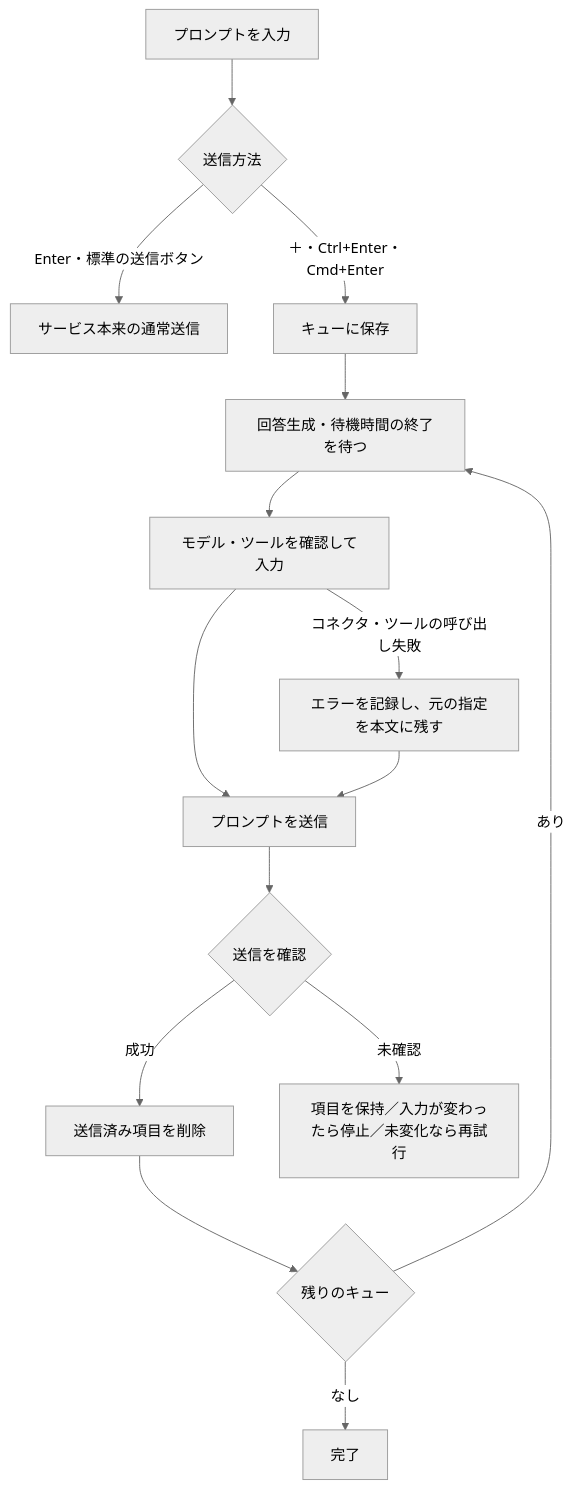
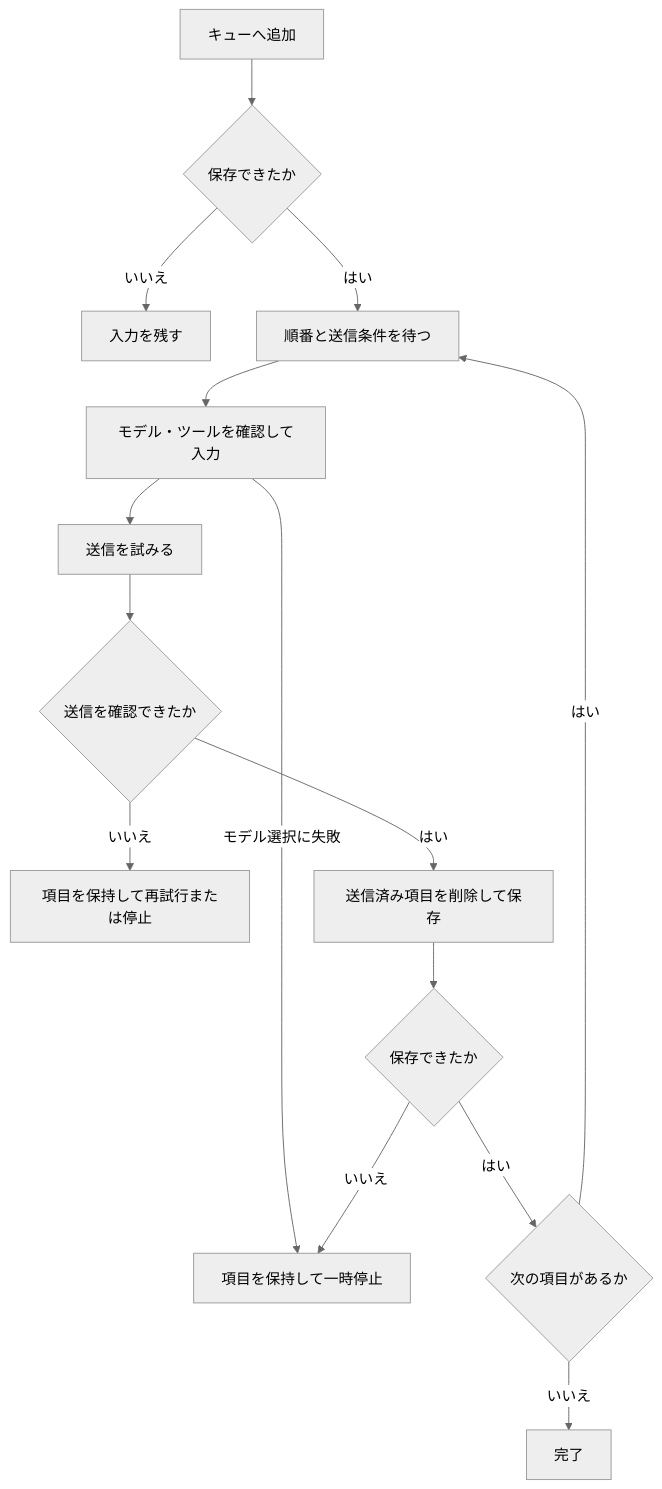
Before and after one commit to coroke3/chatgpt-queue: the first of 3 diagrams in README.md, drawn with Mermaid (neutral theme). The commit also changed other lines of this file and 1 other file, not shown here.

````diff
--- a/README.md
+++ b/README.md
@@ -53,17 +61,17 @@
 ```mermaid
 flowchart TD
-    A[プロンプトを入力] --> B{送信方法}
-    B -->|Enter・標準の送信ボタン| C[サービス本来の通常送信]
-    B -->|＋・Ctrl+Enter・Cmd+Enter| D[キューに保存]
-    D --> E[回答生成・待機時間の終了を待つ]
-    E --> F[モデル・ツールを確認して入力]
-    F --> S[プロンプトを送信]
-    S --> G{送信を確認}
-    G -->|成功| H[送信済み項目を削除]
-    H --> J{残りのキュー}
-    J -->|あり| E
-    J -->|なし| K[完了]
-    G -->|未確認| L[項目を保持／入力が変わったら停止／未変化なら再試行]
-    F -->|コネクタ・ツールの呼び出し失敗| I[エラーを記録し、元の指定を本文に残す]
-    I --> S
+    A[キューへ追加] --> B{保存できたか}
+    B -->|いいえ| C[入力を残す]
+    B -->|はい| D[順番と送信条件を待つ]
+    D --> E[モデル・ツールを確認して入力]
+    E --> F[送信を試みる]
+    E -->|モデル選択に失敗| K
+    F --> G{送信を確認できたか}
+    G -->|いいえ| H[項目を保持して再試行または停止]
+    G -->|はい| I[送信済み項目を削除して保存]
+    I --> J{保存できたか}
+    J -->|いいえ| K[項目を保持して一時停止]
+    J -->|はい| L{次の項目があるか}
+    L -->|はい| D
+    L -->|いいえ| M[完了]
 ```
````
